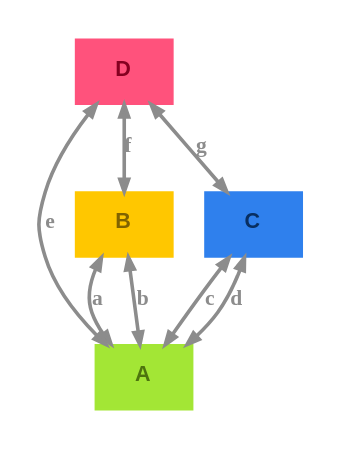
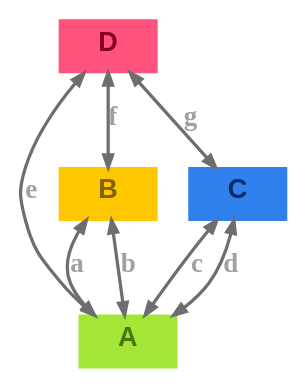
Before and after one commit to m-bock/purescript-transit: the diagram in renders/bridges-koenigsberg_graph-dark.dot, drawn with Graphviz. The commit also changed 41 other files, not shown here.

Commit message:
Enhance Graphviz integration and update tutorial examples; modify rendering options for various themes, improve state diagram generation for DoorPin and Bridges of Königsberg, and refine documentation for clarity and consistency across examples.

```diff
--- a/renders/bridges-koenigsberg_graph-dark.dot
+++ b/renders/bridges-koenigsberg_graph-dark.dot
@@ -1,15 +1,15 @@
 digraph 
 {
-rankdir = "TD";fontname = "Arial";labelloc = "t";fontsize = 12;bgcolor = "#00000000";color = "#c8c8c8";fontcolor = "#c8c8c8";pad = 0.2;layout = "dot";rankdir = "TD"
-A [shape = "box", label = <<b>A</b>>, fontsize = 12, style = "filled", fillcolor = "#a3e635", fontcolor = "#4d740e", color = "#a3e635", fontname = "Arial", labelloc = "c", penwidth = 1.0]
-B [shape = "box", label = <<b>B</b>>, fontsize = 12, style = "filled", fillcolor = "#ffc700", fontcolor = "#806300", color = "#ffc700", fontname = "Arial", labelloc = "c", penwidth = 1.0]
-B -> A [color = "#8c8c8c", fontcolor = "#8c8c8c", fontsize = 12, label = <<b>a</b>>, arrowsize = "0.7", penwidth = 2.0, dir = "both"]
-B -> A [color = "#8c8c8c", fontcolor = "#8c8c8c", fontsize = 12, label = <<b>b</b>>, arrowsize = "0.7", penwidth = 2.0, dir = "both"]
-C [shape = "box", label = <<b>C</b>>, fontsize = 12, style = "filled", fillcolor = "#2f80ed", fontcolor = "#082e61", color = "#2f80ed", fontname = "Arial", labelloc = "c", penwidth = 1.0]
-C -> A [color = "#8c8c8c", fontcolor = "#8c8c8c", fontsize = 12, label = <<b>c</b>>, arrowsize = "0.7", penwidth = 2.0, dir = "both"]
-C -> A [color = "#8c8c8c", fontcolor = "#8c8c8c", fontsize = 12, label = <<b>d</b>>, arrowsize = "0.7", penwidth = 2.0, dir = "both"]
-D [shape = "box", label = <<b>D</b>>, fontsize = 12, style = "filled", fillcolor = "#ff527c", fontcolor = "#850020", color = "#ff527c", fontname = "Arial", labelloc = "c", penwidth = 1.0]
-D -> A [color = "#8c8c8c", fontcolor = "#8c8c8c", fontsize = 12, label = <<b>e</b>>, arrowsize = "0.7", penwidth = 2.0, dir = "both"]
-D -> B [color = "#8c8c8c", fontcolor = "#8c8c8c", fontsize = 12, label = <<b>f</b>>, arrowsize = "0.7", penwidth = 2.0, dir = "both"]
-D -> C [color = "#8c8c8c", fontcolor = "#8c8c8c", fontsize = 12, label = <<b>g</b>>, arrowsize = "0.7", penwidth = 2.0, dir = "both"]
+rankdir = "TD";fontname = "Arial";labelloc = "t";fontsize = 15.0;bgcolor = "#00000000";color = "#c8c8c8";fontcolor = "#c8c8c8";layout = "dot";rankdir = "TD"
+A [shape = "box", label = <<b>A</b>>, fontsize = 15.0, style = "filled", fillcolor = "#a3e635", fontcolor = "#4d740e", color = "#a3e635", fontname = "Arial", labelloc = "c", penwidth = 1.0, height = 0.4]
+B [shape = "box", label = <<b>B</b>>, fontsize = 15.0, style = "filled", fillcolor = "#ffc700", fontcolor = "#806300", color = "#ffc700", fontname = "Arial", labelloc = "c", penwidth = 1.0, height = 0.4]
+B -> A [color = "#6e6e6e", fontcolor = "#a0a0a0", fontsize = 15.0, label = <<b>a</b>>, arrowsize = "0.7", penwidth = 1.8, dir = "both"]
+B -> A [color = "#6e6e6e", fontcolor = "#a0a0a0", fontsize = 15.0, label = <<b>b</b>>, arrowsize = "0.7", penwidth = 1.8, dir = "both"]
+C [shape = "box", label = <<b>C</b>>, fontsize = 15.0, style = "filled", fillcolor = "#2f80ed", fontcolor = "#082e61", color = "#2f80ed", fontname = "Arial", labelloc = "c", penwidth = 1.0, height = 0.4]
+C -> A [color = "#6e6e6e", fontcolor = "#a0a0a0", fontsize = 15.0, label = <<b>c</b>>, arrowsize = "0.7", penwidth = 1.8, dir = "both"]
+C -> A [color = "#6e6e6e", fontcolor = "#a0a0a0", fontsize = 15.0, label = <<b>d</b>>, arrowsize = "0.7", penwidth = 1.8, dir = "both"]
+D [shape = "box", label = <<b>D</b>>, fontsize = 15.0, style = "filled", fillcolor = "#ff527c", fontcolor = "#850020", color = "#ff527c", fontname = "Arial", labelloc = "c", penwidth = 1.0, height = 0.4]
+D -> A [color = "#6e6e6e", fontcolor = "#a0a0a0", fontsize = 15.0, label = <<b>e</b>>, arrowsize = "0.7", penwidth = 1.8, dir = "both"]
+D -> B [color = "#6e6e6e", fontcolor = "#a0a0a0", fontsize = 15.0, label = <<b>f</b>>, arrowsize = "0.7", penwidth = 1.8, dir = "both"]
+D -> C [color = "#6e6e6e", fontcolor = "#a0a0a0", fontsize = 15.0, label = <<b>g</b>>, arrowsize = "0.7", penwidth = 1.8, dir = "both"]
 }
```
